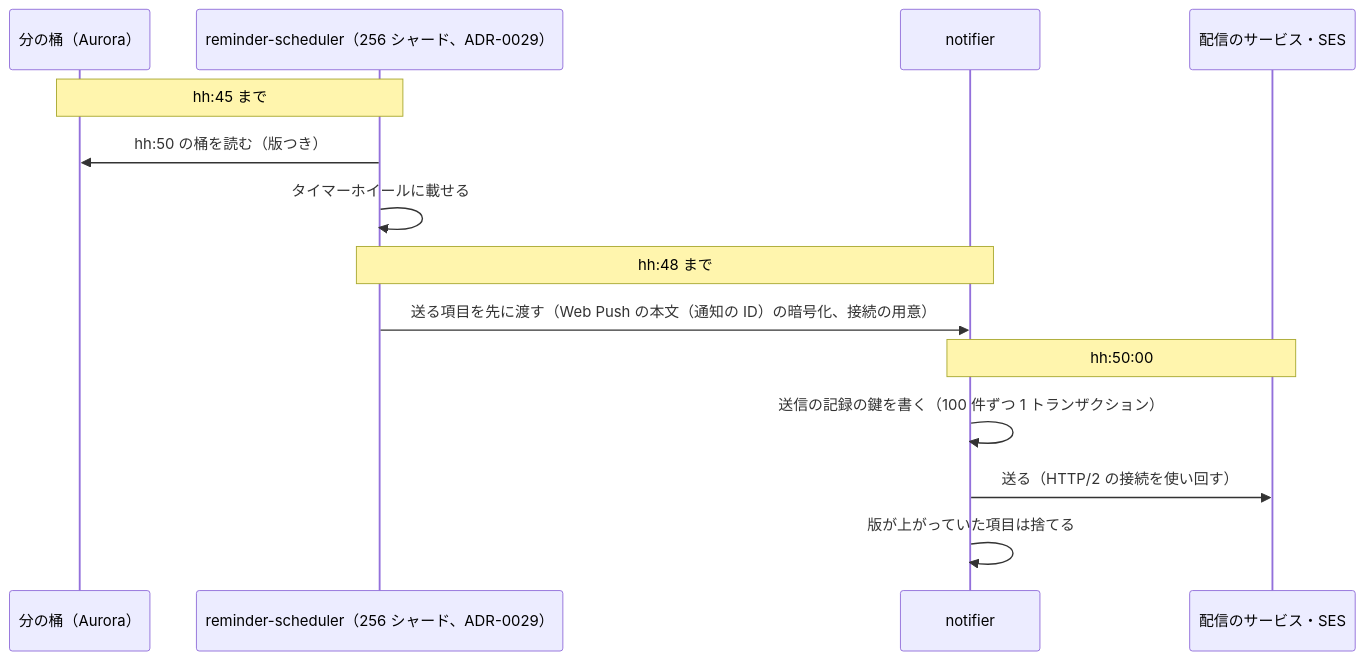
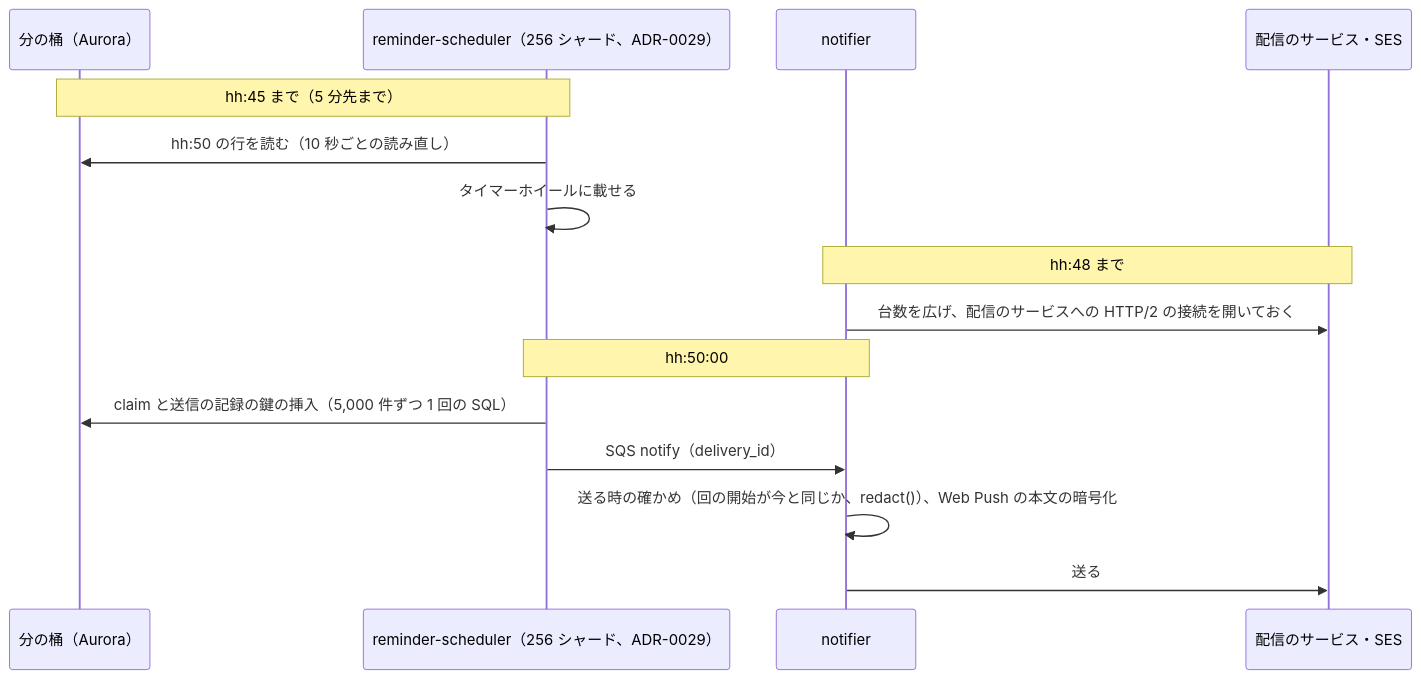
The second of 2 diagrams in systems/google-calendar/docs/architecture/capacity.md (shoito/rebuilds), drawn with Mermaid before and after one commit. The commit also changed other lines of this file and 56 other files, not shown here.

````diff
--- a/systems/google-calendar/docs/architecture/capacity.md
+++ b/systems/google-calendar/docs/architecture/capacity.md
@@ -108,16 +108,17 @@
 ```mermaid
 sequenceDiagram
   participant B as 分の桶（Aurora）
   participant S as reminder-scheduler（256 シャード、ADR-0029）
   participant N as notifier
   participant P as 配信のサービス・SES
-  Note over B,S: hh:45 まで
-  S->>B: hh:50 の桶を読む（版つき）
+  Note over B,S: hh:45 まで（5 分先まで）
+  S->>B: hh:50 の行を読む（10 秒ごとの読み直し）
   S->>S: タイマーホイールに載せる
-  Note over S,N: hh:48 まで
-  S->>N: 送る項目を先に渡す（Web Push の本文（通知の ID）の暗号化、接続の用意）
-  Note over N,P: hh:50:00
-  N->>N: 送信の記録の鍵を書く（100 件ずつ 1 トランザクション）
-  N->>P: 送る（HTTP/2 の接続を使い回す）
-  N->>N: 版が上がっていた項目は捨てる
+  Note over N,P: hh:48 まで
+  N->>P: 台数を広げ、配信のサービスへの HTTP/2 の接続を開いておく
+  Note over S,N: hh:50:00
+  S->>B: claim と送信の記録の鍵の挿入（5,000 件ずつ 1 回の SQL）
+  S->>N: SQS notify（delivery_id）
+  N->>N: 送る時の確かめ（回の開始が今と同じか、redact()）、Web Push の本文の暗号化
+  N->>P: 送る
 ```
````
